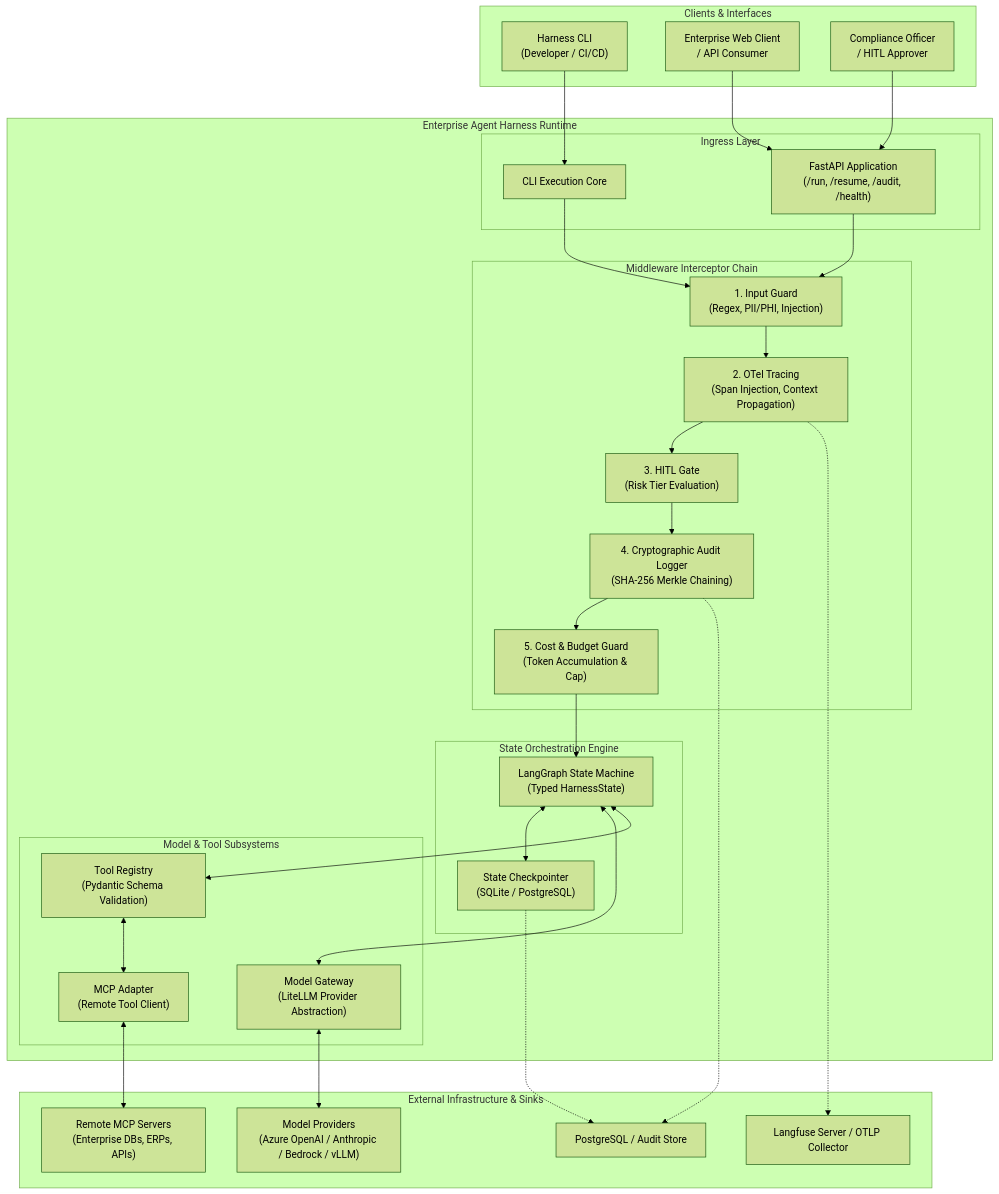
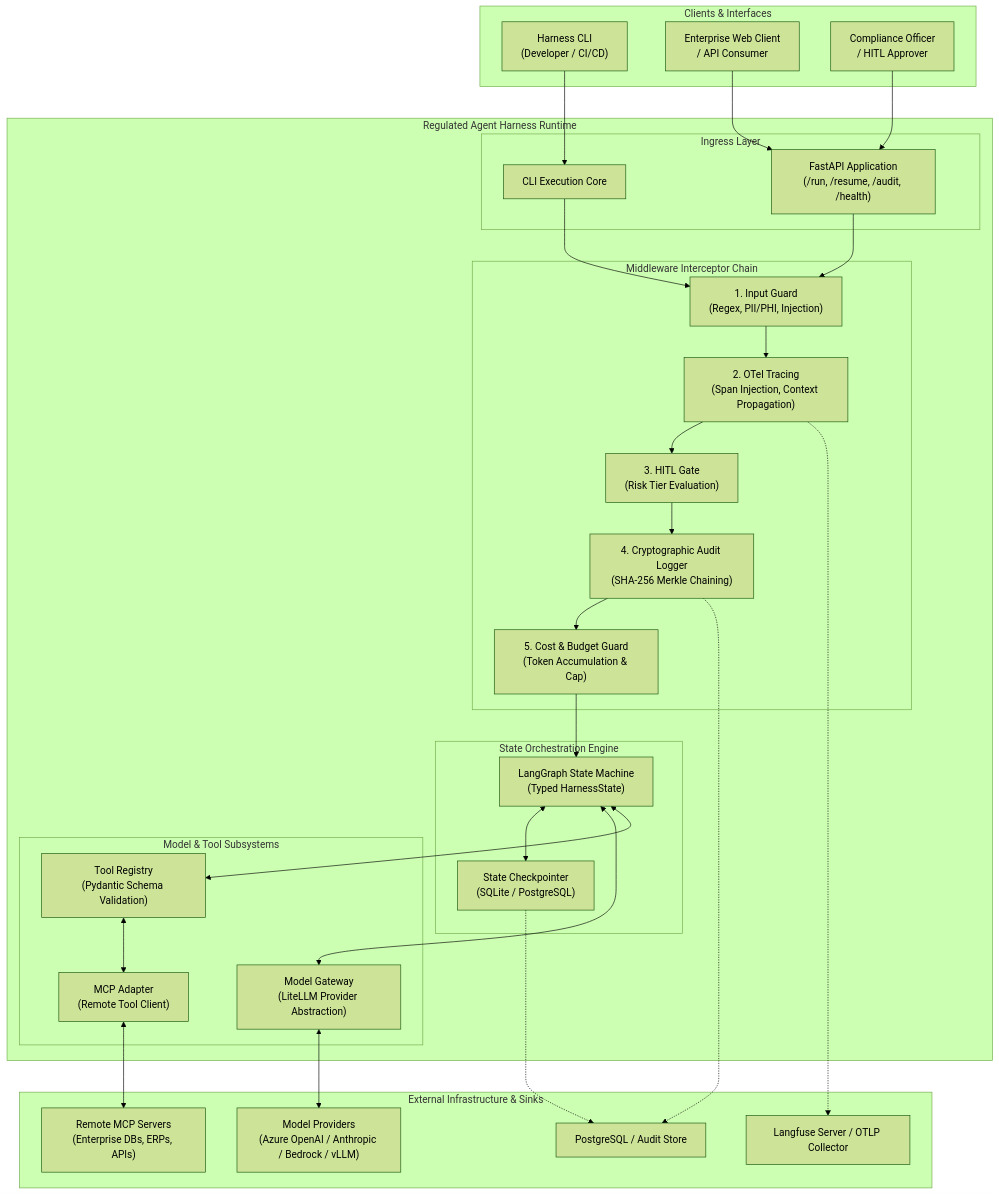
The first of 4 diagrams in ARCHITECTURE.md (shinevijayan03/regulated-agent-harness), drawn with Mermaid (forest theme) before and after one commit. The commit also changed other lines of this file and 23 other files, not shown here.

Commit message:
refactor: rename project to regulated-agent-harness and align customer terminology

````diff
--- a/ARCHITECTURE.md
+++ b/ARCHITECTURE.md
@@ -26,63 +26,63 @@
 ```mermaid
 flowchart TB
     subgraph Clients["Clients & Interfaces"]
         CLI["Harness CLI\n(Developer / CI/CD)"]
         WebClient["Enterprise Web Client\n/ API Consumer"]
         HumanReviewer["Compliance Officer\n/ HITL Approver"]
     end
 
-    subgraph Harness["Enterprise Agent Harness Runtime"]
+    subgraph Harness["Regulated Agent Harness Runtime"]
         subgraph Ingress["Ingress Layer"]
             FastAPIServer["FastAPI Application\n(/run, /resume, /audit, /health)"]
             CLIRunner["CLI Execution Core"]
         end
 
         subgraph Interceptors["Middleware Interceptor Chain"]
             InputGuard["1. Input Guard\n(Regex, PII/PHI, Injection)"]
             OTelTracer["2. OTel Tracing\n(Span Injection, Context Propagation)"]
             HITLGate["3. HITL Gate\n(Risk Tier Evaluation)"]
             AuditLogger["4. Cryptographic Audit Logger\n(SHA-256 Merkle Chaining)"]
             BudgetGuard["5. Cost & Budget Guard\n(Token Accumulation & Cap)"]
         end
 
         subgraph CoreEngine["State Orchestration Engine"]
             LangGraphEngine["LangGraph State Machine\n(Typed HarnessState)"]
             Checkpointer["State Checkpointer\n(SQLite / PostgreSQL)"]
         end
 
         subgraph GatewayTools["Model & Tool Subsystems"]
             ModelGateway["Model Gateway\n(LiteLLM Provider Abstraction)"]
             ToolRegistry["Tool Registry\n(Pydantic Schema Validation)"]
             MCPClient["MCP Adapter\n(Remote Tool Client)"]
         end
     end
 
     subgraph SinksAndProviders["External Infrastructure & Sinks"]
         ModelProviders["Model Providers\n(Azure OpenAI / Anthropic / Bedrock / vLLM)"]
         RemoteMCPServers["Remote MCP Servers\n(Enterprise DBs, ERPs, APIs)"]
         LangfuseSink["Langfuse Server / OTLP Collector"]
         PostgresDB["PostgreSQL / Audit Store"]
     end
 
     WebClient --> FastAPIServer
     CLI --> CLIRunner
     HumanReviewer --> FastAPIServer
 
     FastAPIServer --> InputGuard
     CLIRunner --> InputGuard
 
     InputGuard --> OTelTracer --> HITLGate --> AuditLogger --> BudgetGuard
     BudgetGuard --> LangGraphEngine
 
     LangGraphEngine <--> Checkpointer
     LangGraphEngine <--> ModelGateway
     LangGraphEngine <--> ToolRegistry
 
     ToolRegistry <--> MCPClient
     MCPClient <--> RemoteMCPServers
 
     ModelGateway <--> ModelProviders
     OTelTracer -.-> LangfuseSink
     AuditLogger -.-> PostgresDB
     Checkpointer -.-> PostgresDB
 ```
````
